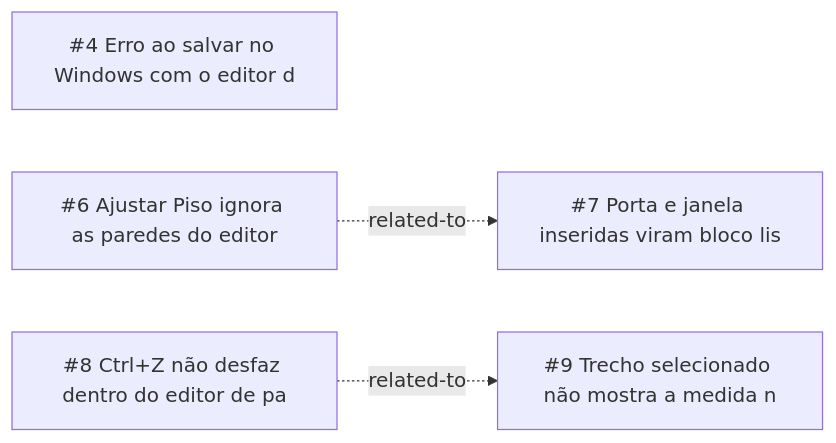
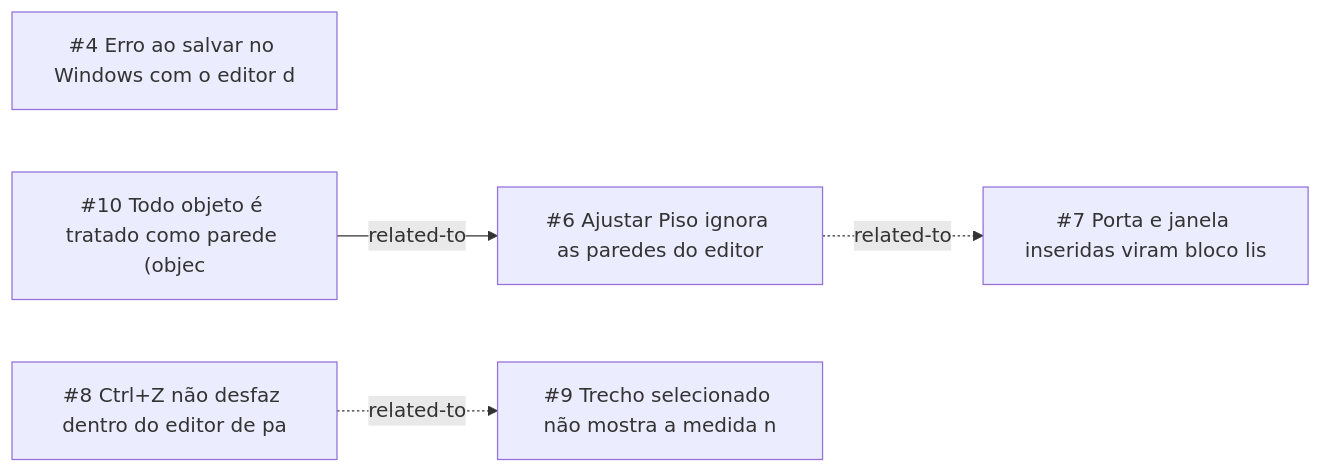
The diagram in _reversa_bugs/editor-de-paredes/generated/graph.md (theLeonardoLima/BlenderPremiumMob), drawn with Mermaid before and after one commit. The commit also changed other lines of this file and 34 other files, not shown here.

````diff
--- a/_reversa_bugs/editor-de-paredes/generated/graph.md
+++ b/_reversa_bugs/editor-de-paredes/generated/graph.md
@@ -5,10 +5,12 @@
 ```mermaid
 graph LR
   BUG_20261006_KFAR["#4 Erro ao salvar no Windows com o editor d"]
   BUG_20261007_A2G7["#6 Ajustar Piso ignora as paredes do editor"]
+  BUG_20261007_TBY3["#10 Todo objeto é tratado como parede (objec"]
   BUG_20261007_VQ72["#9 Trecho selecionado não mostra a medida n"]
   BUG_20261007_YIMY["#7 Porta e janela inseridas viram bloco lis"]
   BUG_20261007_ZZUK["#8 Ctrl+Z não desfaz dentro do editor de pa"]
   BUG_20261007_A2G7 -.->|related-to| BUG_20261007_YIMY
+  BUG_20261007_TBY3 -->|related-to| BUG_20261007_A2G7
   BUG_20261007_ZZUK -.->|related-to| BUG_20261007_VQ72
 ```
````
